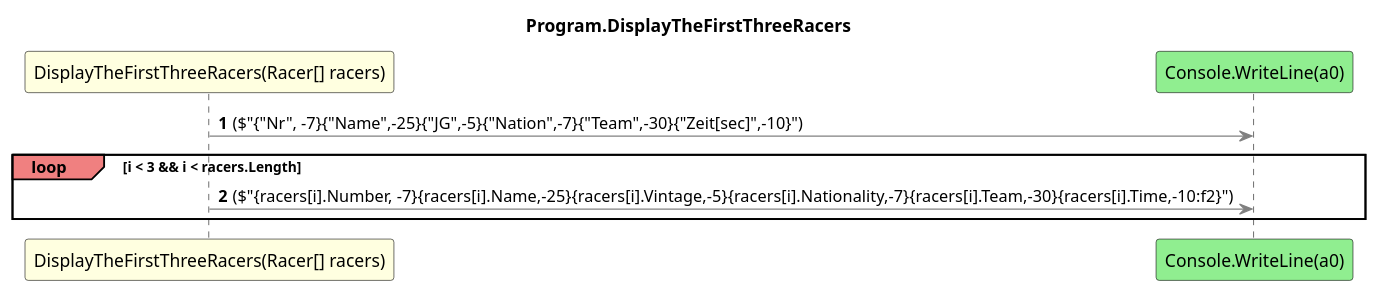
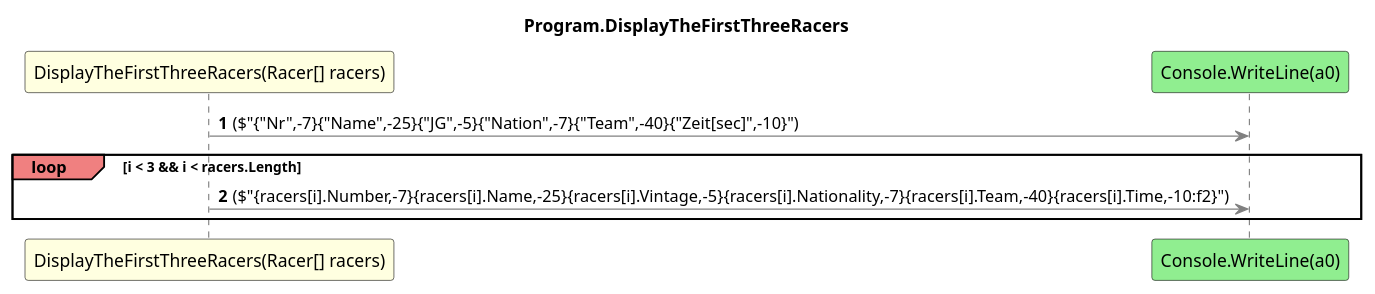
Before and after one commit to leoggehrer/2324-34_ABIF_ACIF_POSE: the diagram in BusinessRun.ConApp/diagrams/sq_Program_DisplayTheFirstThreeRacers.puml, drawn with PlantUML. The commit also changed 31 other files, not shown here.

Commit message:
Generated diagrams.

```diff
--- a/BusinessRun.ConApp/diagrams/sq_Program_DisplayTheFirstThreeRacers.puml
+++ b/BusinessRun.ConApp/diagrams/sq_Program_DisplayTheFirstThreeRacers.puml
@@ -1,10 +1,10 @@
 @startuml Program.DisplayTheFirstThreeRacers
 title Program.DisplayTheFirstThreeRacers
 participant "DisplayTheFirstThreeRacers(Racer[] racers)" as DisplayTheFirstThreeRacers_p0 #LightYellow
 participant "Console.WriteLine(a0)" as Console_WriteLine_a0 #LightGreen
 autonumber
-DisplayTheFirstThreeRacers_p0 -[#grey]> Console_WriteLine_a0 : ($"{"Nr", -7}{"Name",-25}{"JG",-5}{"Nation",-7}{"Team",-30}{"Zeit[sec]",-10}")
+DisplayTheFirstThreeRacers_p0 -[#grey]> Console_WriteLine_a0 : ($"{"Nr",-7}{"Name",-25}{"JG",-5}{"Nation",-7}{"Team",-40}{"Zeit[sec]",-10}")
 loop#LightCoral i < 3 && i < racers.Length
-    DisplayTheFirstThreeRacers_p0 -[#grey]> Console_WriteLine_a0 : ($"{racers[i].Number, -7}{racers[i].Name,-25}{racers[i].Vintage,-5}{racers[i].Nationality,-7}{racers[i].Team,-30}{racers[i].Time,-10:f2}")
+    DisplayTheFirstThreeRacers_p0 -[#grey]> Console_WriteLine_a0 : ($"{racers[i].Number,-7}{racers[i].Name,-25}{racers[i].Vintage,-5}{racers[i].Nationality,-7}{racers[i].Team,-40}{racers[i].Time,-10:f2}")
 end
 @enduml
```
